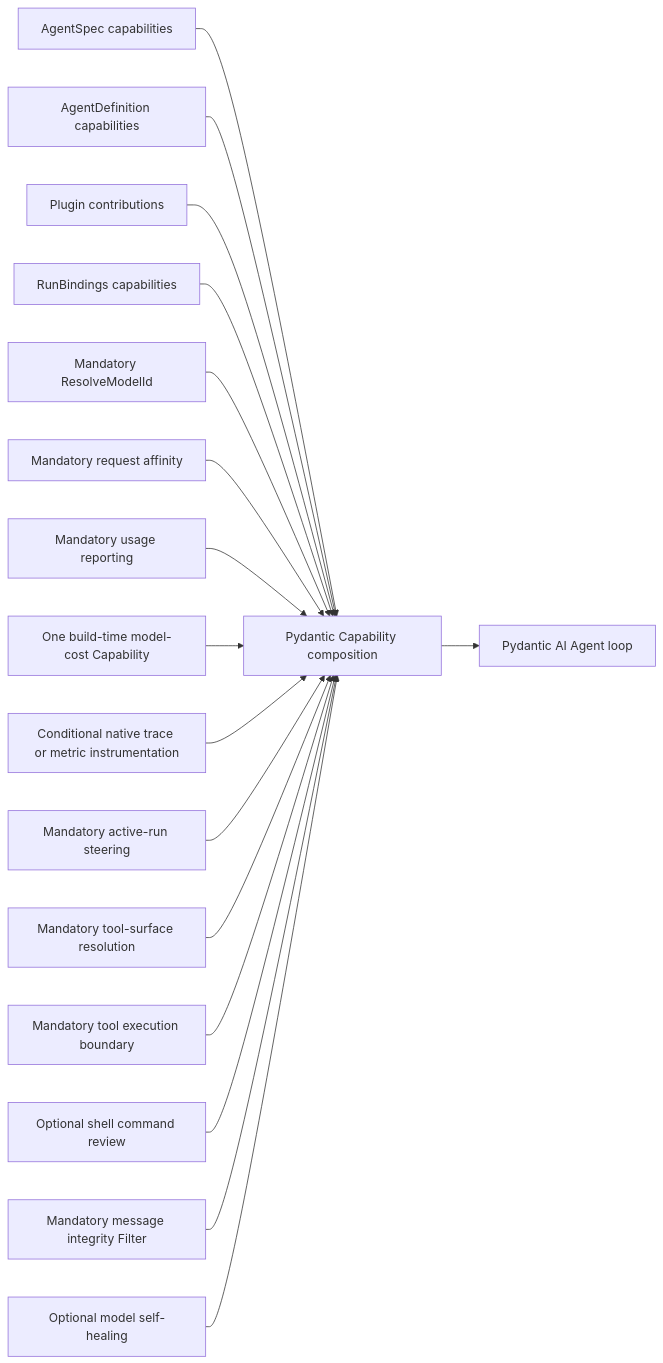
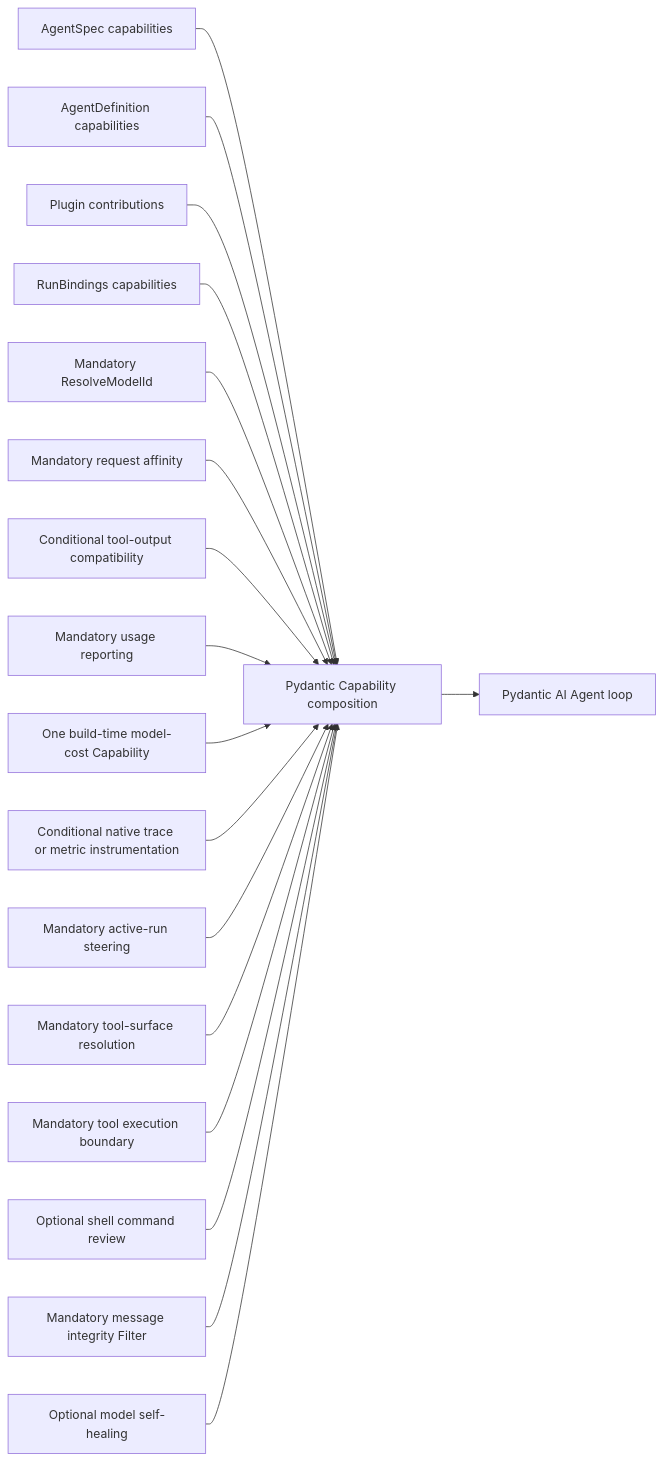
The diagram in spec/agent-harness/17-core-capability-catalog.md (LTThreeComma/agent-foundation), drawn with Mermaid before and after one commit. The commit also changed other lines of this file and 13 other files, not shown here.

````diff
--- a/spec/agent-harness/17-core-capability-catalog.md
+++ b/spec/agent-harness/17-core-capability-catalog.md
@@ -67,19 +68,20 @@
 ```mermaid
 flowchart LR
     Spec[AgentSpec capabilities] --> PAI[Pydantic Capability composition]
     Build[AgentDefinition capabilities] --> PAI
     Plugin[Plugin contributions] --> PAI
     Run[RunBindings capabilities] --> PAI
     Resolver[Mandatory ResolveModelId] --> PAI
     Affinity[Mandatory request affinity] --> PAI
+    Structured[Conditional tool-output compatibility] --> PAI
     Usage[Mandatory usage reporting] --> PAI
     Pricing[One build-time model-cost Capability] --> PAI
     Observation[Conditional native trace or metric instrumentation] --> PAI
     Steering[Mandatory active-run steering] --> PAI
     Surface[Mandatory tool-surface resolution] --> PAI
     Boundary[Mandatory tool execution boundary] --> PAI
     ShellReview[Optional shell command review] --> PAI
     Integrity[Mandatory message integrity Filter] --> PAI
     SelfHealing[Optional model self-healing] --> PAI
     PAI --> Agent[Pydantic AI Agent loop]
 ```
````
